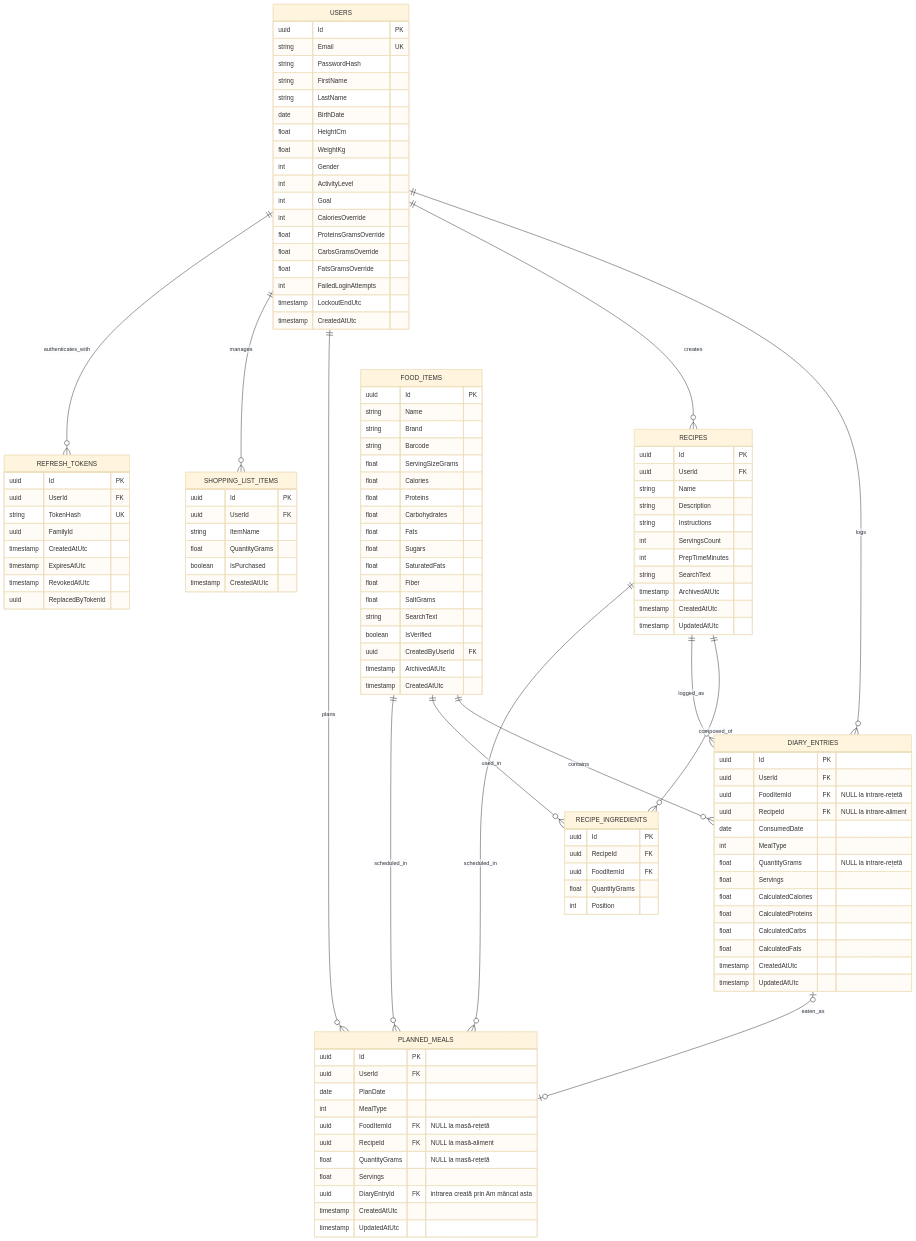
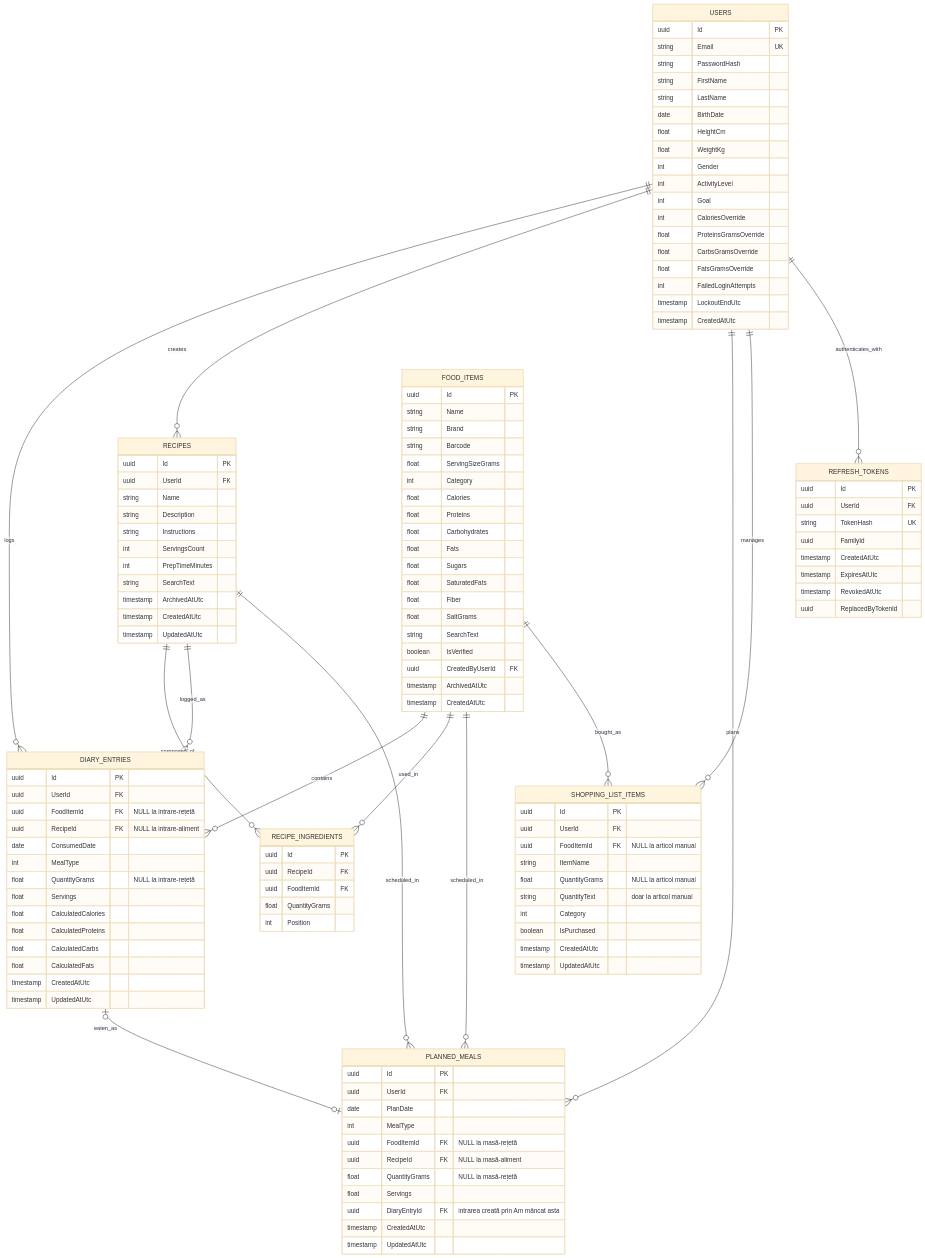
One commit to muxxq/Nutritional-Tracking-with-OCR changed the second of 5 diagrams in aplicatie/docs/architecture_and_contracts.md. Above: the diagram before and after it, drawn with Mermaid (base theme). The commit also changed other lines of this file and 2 other files, not shown here.

Commit message:
docs: add ADR-008, shopping list contract and roadmap progress

````diff
--- a/aplicatie/docs/architecture_and_contracts.md
+++ b/aplicatie/docs/architecture_and_contracts.md
@@ -68,6 +68,7 @@
     RECIPES ||--o{ PLANNED_MEALS : scheduled_in
     FOOD_ITEMS ||--o{ PLANNED_MEALS : scheduled_in
     DIARY_ENTRIES |o--o| PLANNED_MEALS : eaten_as
+    FOOD_ITEMS ||--o{ SHOPPING_LIST_ITEMS : bought_as
 
     USERS {
         uuid Id PK
@@ -107,6 +108,7 @@
         string Brand
         string Barcode
         float ServingSizeGrams
+        int Category
         float Calories
         float Proteins
         float Carbohydrates
@@ -178,9 +180,13 @@
     SHOPPING_LIST_ITEMS {
         uuid Id PK
         uuid UserId FK
+        uuid FoodItemId FK "NULL la articol manual"
         string ItemName
-        float QuantityGrams
+        float QuantityGrams "NULL la articol manual"
+        string QuantityText "doar la articol manual"
+        int Category
         boolean IsPurchased
         timestamp CreatedAtUtc
+        timestamp UpdatedAtUtc
     }
 ```
````
